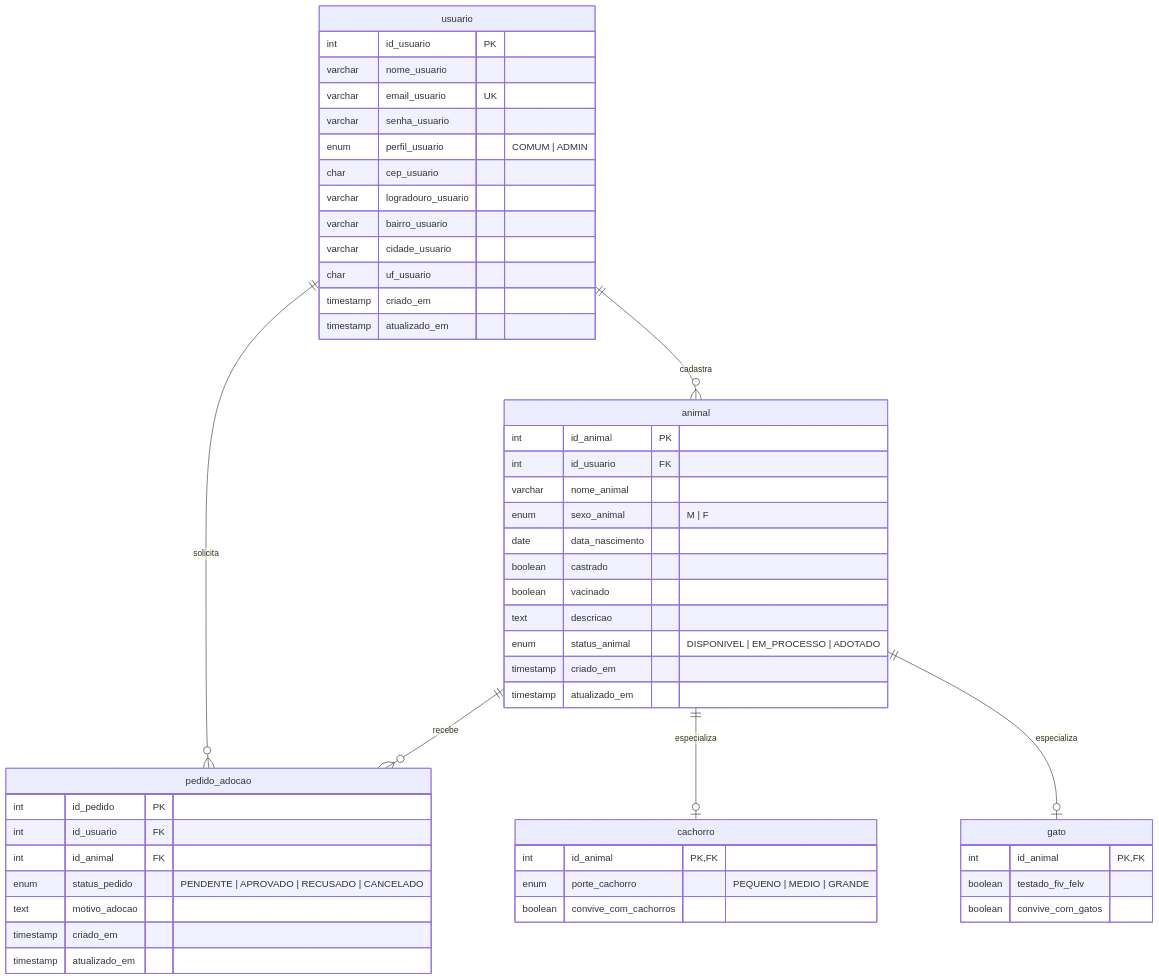
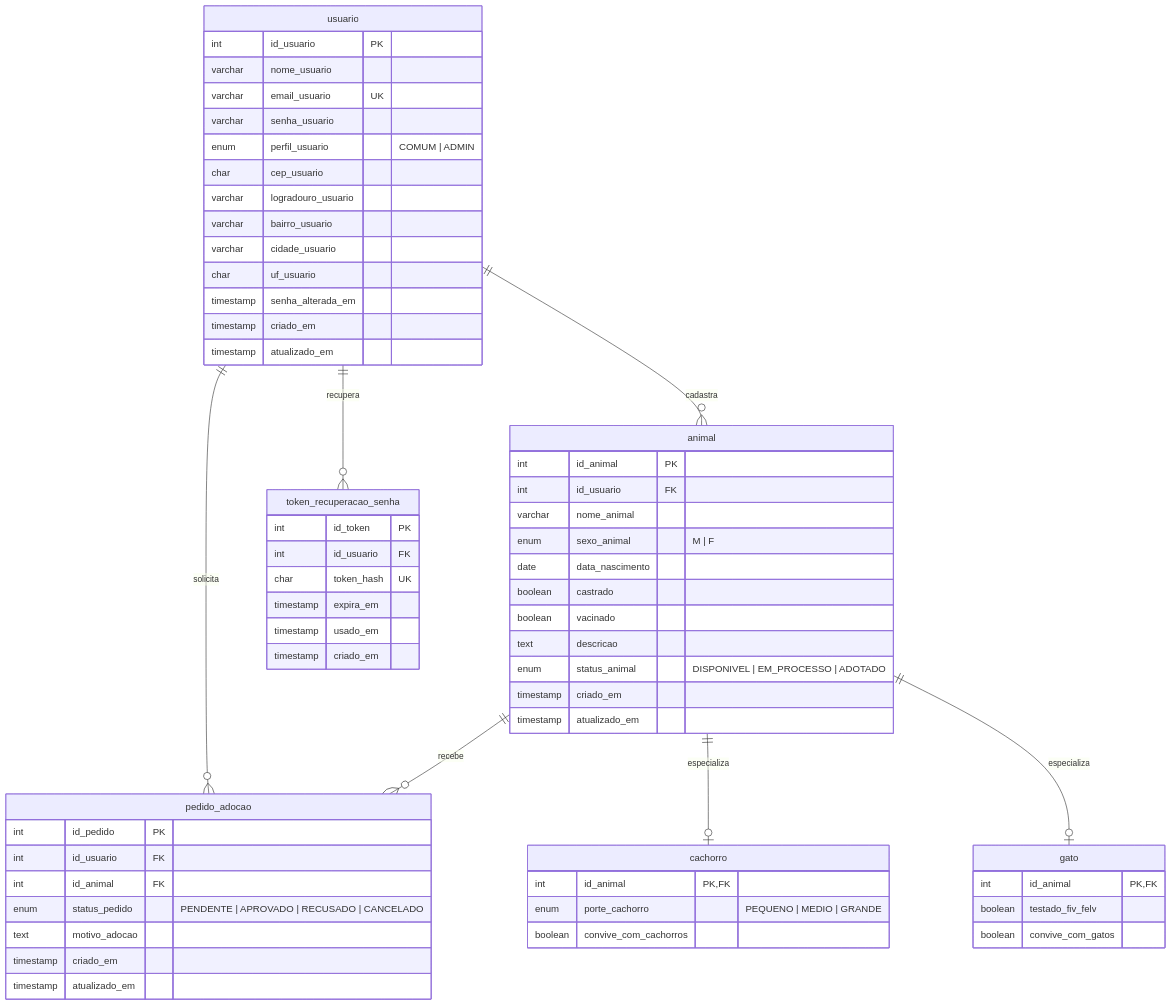
The diagram in README.md (IsadoraRB-dge/Trilha-Backend-CompJr), drawn with Mermaid before and after one commit. The commit also changed other lines of this file, not shown here.

Commit message:
docs: documenta autenticação, recuperação de senha e endpoints

````diff
--- a/README.md
+++ b/README.md
@@ -57,55 +63,65 @@
 ```mermaid
 erDiagram
     usuario ||--o{ animal : cadastra
     usuario ||--o{ pedido_adocao : solicita
+    usuario ||--o{ token_recuperacao_senha : recupera
     animal ||--o{ pedido_adocao : recebe
     animal ||--o| cachorro : especializa
     animal ||--o| gato : especializa
 
     usuario {
         int id_usuario PK
         varchar nome_usuario
         varchar email_usuario UK
         varchar senha_usuario
         enum perfil_usuario "COMUM | ADMIN"
         char cep_usuario
         varchar logradouro_usuario
         varchar bairro_usuario
         varchar cidade_usuario
         char uf_usuario
+        timestamp senha_alterada_em
         timestamp criado_em
         timestamp atualizado_em
+    }
+    token_recuperacao_senha {
+        int id_token PK
+        int id_usuario FK
+        char token_hash UK
+        timestamp expira_em
+        timestamp usado_em
+        timestamp criado_em
     }
     animal {
         int id_animal PK
         int id_usuario FK
         varchar nome_animal
         enum sexo_animal "M | F"
         date data_nascimento
         boolean castrado
         boolean vacinado
         text descricao
         enum status_animal "DISPONIVEL | EM_PROCESSO | ADOTADO"
         timestamp criado_em
         timestamp atualizado_em
     }
     cachorro {
         int id_animal PK, FK
         enum porte_cachorro "PEQUENO | MEDIO | GRANDE"
         boolean convive_com_cachorros
     }
     gato {
         int id_animal PK, FK
         boolean testado_fiv_felv
         boolean convive_com_gatos
     }
     pedido_adocao {
         int id_pedido PK
         int id_usuario FK
         int id_animal FK
         enum status_pedido "PENDENTE | APROVADO | RECUSADO | CANCELADO"
         text motivo_adocao
         timestamp criado_em
         timestamp atualizado_em
     }
 ```
````
